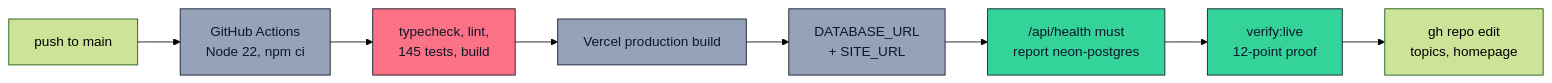
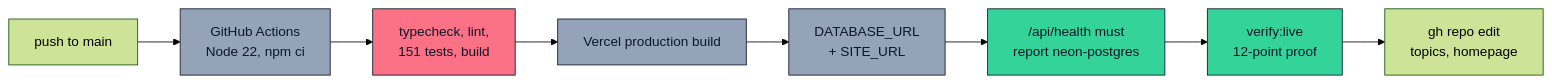
Before and after one commit to aniruddhaadak80/khata: the sixth of 6 diagrams in README.md, drawn with Mermaid (forest theme). The commit also changed other lines of this file and 6 other files, not shown here.

````diff
--- a/README.md
+++ b/README.md
@@ -517,17 +537,17 @@
 ```mermaid
 flowchart LR
   Push["push to main"] --> CI["GitHub Actions<br/>Node 22, npm ci"]
-  CI --> Gate["typecheck, lint,<br/>145 tests, build"]
+  CI --> Gate["typecheck, lint,<br/>151 tests, build"]
   Gate --> Deploy["Vercel production build"]
   Deploy --> Env["DATABASE_URL<br/>+ SITE_URL"]
   Env --> Health["/api/health must<br/>report neon-postgres"]
   Health --> Verify["verify:live<br/>12-point proof"]
   Verify --> Repo["gh repo edit<br/>topics, homepage"]
 
   classDef infra fill:#94a3b8,stroke:#0f172a,color:#0f172a
   classDef ok fill:#34d399,stroke:#0f172a,color:#0f172a
   classDef risk fill:#fb7185,stroke:#0f172a,color:#0f172a
   class CI,Deploy,Env infra
   class Health,Verify ok
   class Gate risk
 ```
````
